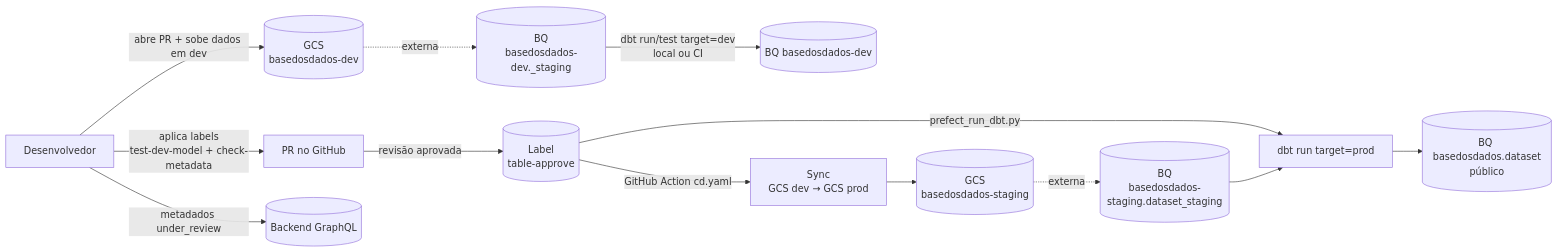
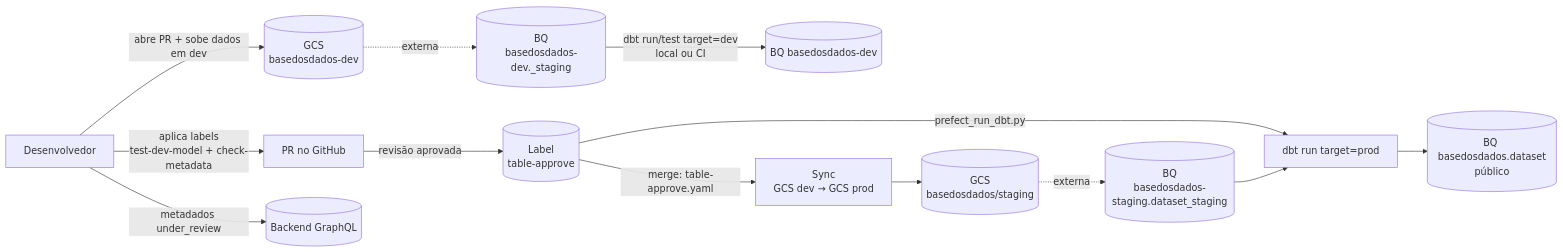
One commit to basedosdados/manual-equipe-dados changed the third of 3 diagrams in docs/onboarding/fluxo-de-dados-e-infraestrutura.md. Above: the diagram before and after it, drawn with Mermaid. The commit also changed other lines of this file and 3 other files, not shown here.

First line of the commit message:
docs: corrige menções desatualizadas ao table-approve e ao bucket de prod

````diff
--- a/docs/onboarding/fluxo-de-dados-e-infraestrutura.md
+++ b/docs/onboarding/fluxo-de-dados-e-infraestrutura.md
@@ -139,15 +142,15 @@
 ```mermaid
 flowchart LR
     DEV[Desenvolvedor] -->|abre PR + sobe dados em dev| GDEV[(GCS<br/>basedosdados-dev)]
     GDEV -. externa .-> BQDS[(BQ<br/>basedosdados-dev._staging)]
     BQDS -- dbt run/test target=dev<br/>local ou CI --> BQD[(BQ basedosdados-dev)]
     DEV -->|aplica labels<br/>test-dev-model + check-metadata| PR[PR no GitHub]
     PR -->|revisão aprovada| APP[(Label<br/>table-approve)]
-    APP -->|GitHub Action cd.yaml| SYNC[Sync<br/>GCS dev → GCS prod]
-    SYNC --> GPRD[(GCS<br/>basedosdados-staging)]
+    APP -->|merge: table-approve.yaml| SYNC[Sync<br/>GCS dev → GCS prod]
+    SYNC --> GPRD[(GCS<br/>basedosdados/staging)]
     GPRD -. externa .-> BQPS[(BQ<br/>basedosdados-staging.dataset_staging)]
     APP -->|prefect_run_dbt.py| DBTP[dbt run target=prod]
     BQPS --> DBTP
     DBTP --> BQP[(BQ basedosdados.dataset<br/>público)]
     DEV -->|metadados under_review| API[(Backend GraphQL)]
 ```
````
